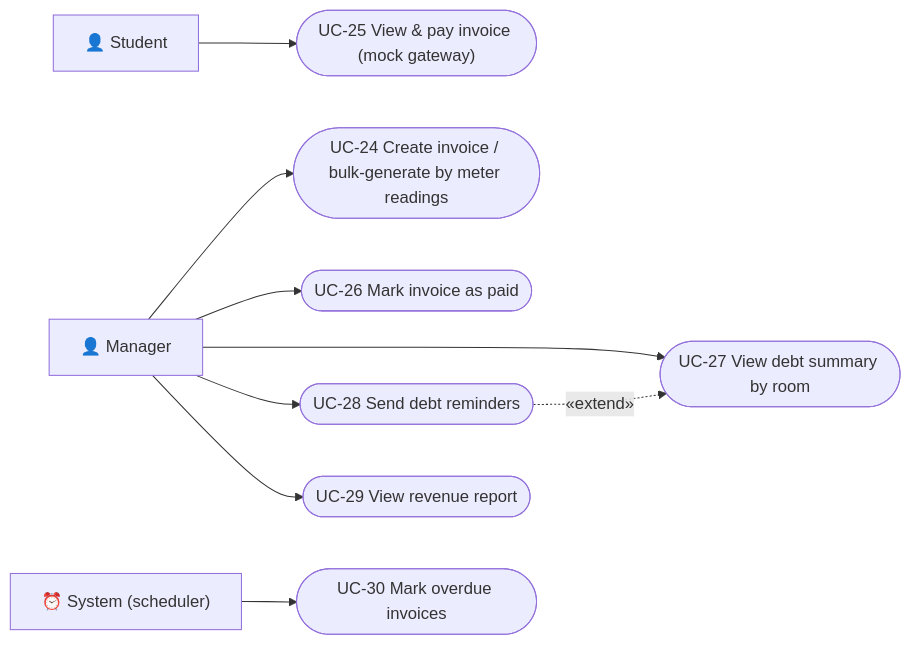
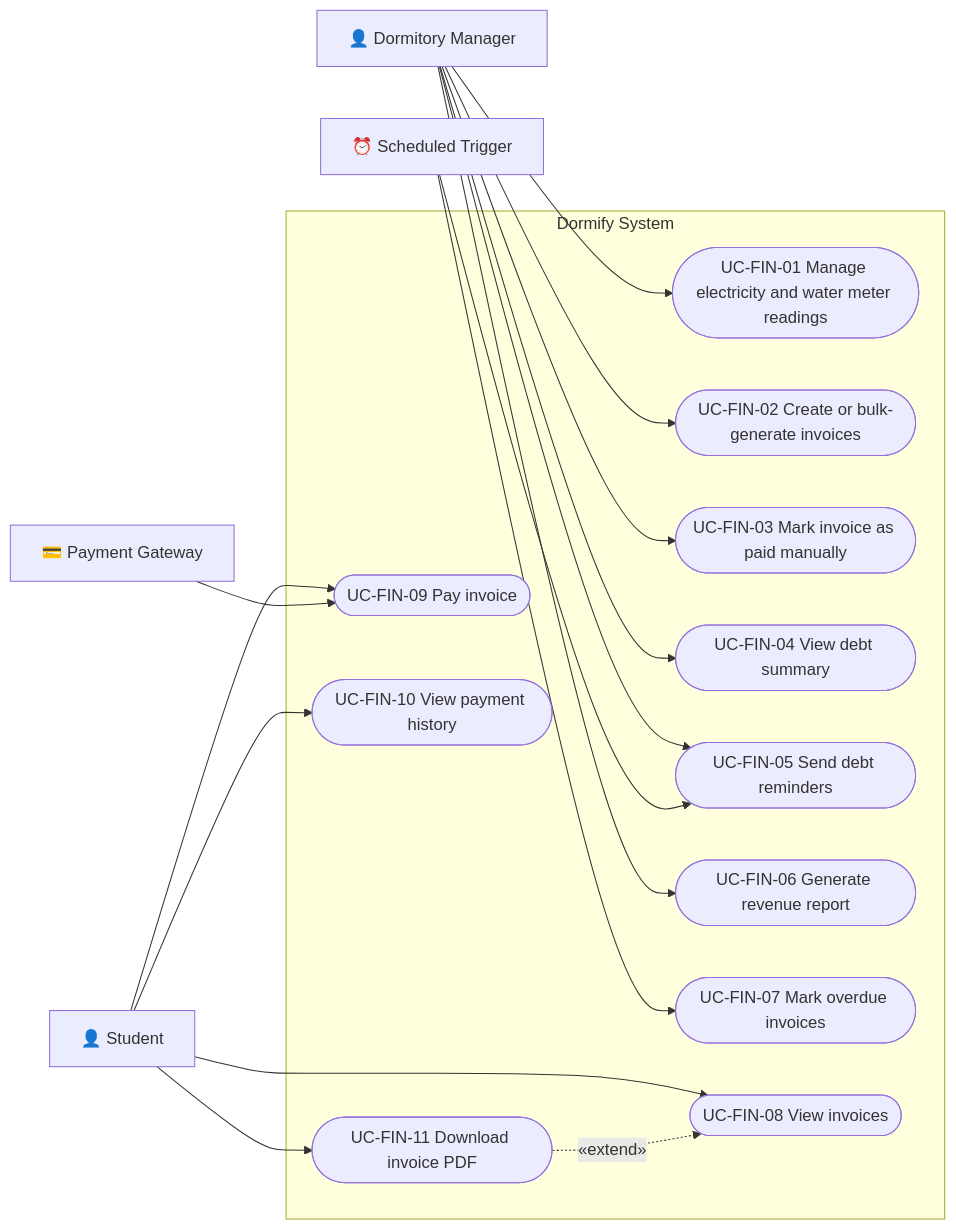
One commit to ddanh2436/Domitory_Management_Docs changed the seventh of 12 diagrams in docs/analysis-and-design/use-case-model.md. Above: the diagram before and after it, drawn with Mermaid. The commit also changed other lines of this file, not shown here.

````diff
--- a/docs/analysis-and-design/use-case-model.md
+++ b/docs/analysis-and-design/use-case-model.md
@@ -127,24 +310,41 @@
 ```mermaid
 flowchart LR
     Student["👤 Student"]
-    Manager["👤 Manager"]
-    Cron["⏰ System (scheduler)"]
+    DormManager["👤 Dormitory Manager"]
+    Gateway["💳 Payment Gateway"]
+    Scheduler["⏰ Scheduled Trigger"]
 
-    UC24(["UC-24 Create invoice / bulk-generate by meter readings"])
-    UC25(["UC-25 View & pay invoice (mock gateway)"])
-    UC26(["UC-26 Mark invoice as paid"])
-    UC27(["UC-27 View debt summary by room"])
-    UC28(["UC-28 Send debt reminders"])
-    UC29(["UC-29 View revenue report"])
-    UC30(["UC-30 Mark overdue invoices"])
+    subgraph Dormify["Dormify System"]
+        UCF01(["UC-FIN-01 Manage electricity and water meter readings"])
+        UCF02(["UC-FIN-02 Create or bulk-generate invoices"])
+        UCF03(["UC-FIN-03 Mark invoice as paid manually"])
+        UCF04(["UC-FIN-04 View debt summary"])
+        UCF05(["UC-FIN-05 Send debt reminders"])
+        UCF06(["UC-FIN-06 Generate revenue report"])
+        UCF07(["UC-FIN-07 Mark overdue invoices"])
 
-    Manager --> UC24
-    Student --> UC25
-    Manager --> UC26
-    Manager --> UC27
-    Manager --> UC28
-    Manager --> UC29
-    Cron --> UC30
+        UCF08(["UC-FIN-08 View invoices"])
+        UCF09(["UC-FIN-09 Pay invoice"])
+        UCF10(["UC-FIN-10 View payment history"])
+        UCF11(["UC-FIN-11 Download invoice PDF"])
+    end
 
-    UC28 -.->|«extend»| UC27
+    DormManager --> UCF01
+    DormManager --> UCF02
+    DormManager --> UCF03
+    DormManager --> UCF04
+    DormManager --> UCF05
+    DormManager --> UCF06
+
+    Student --> UCF08
+    Student --> UCF09
+    Student --> UCF10
+    Student --> UCF11
+
+    Gateway --> UCF09
+
+    Scheduler --> UCF05
+    Scheduler --> UCF07
+
+    UCF11 -.->|«extend»| UCF08
 ```
````
